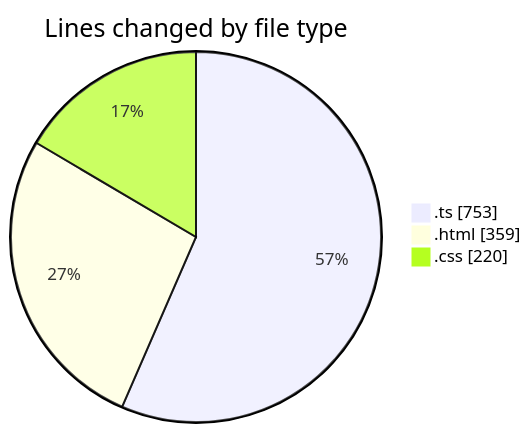
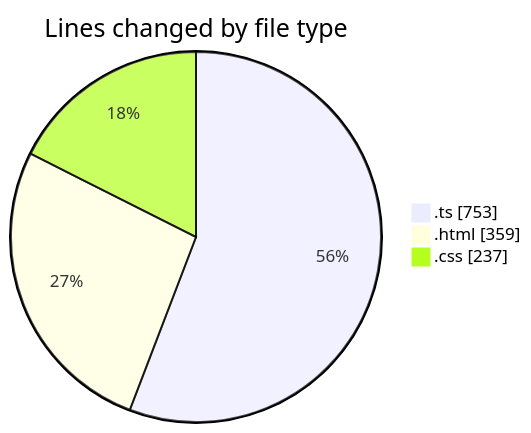
Before and after one commit to igalym/code-tracking: the first of 2 diagrams in 2026-01-05/budget_front_nest/README.md, drawn with Mermaid. The commit also changed other lines of this file and 1 other file, not shown here.

````diff
--- a/2026-01-05/budget_front_nest/README.md
+++ b/2026-01-05/budget_front_nest/README.md
@@ -24,7 +24,7 @@
 ```mermaid
 pie showData
 title Lines changed by file type
 ".ts" : 753
 ".html" : 359
-".css" : 220
+".css" : 237
 ```
````
